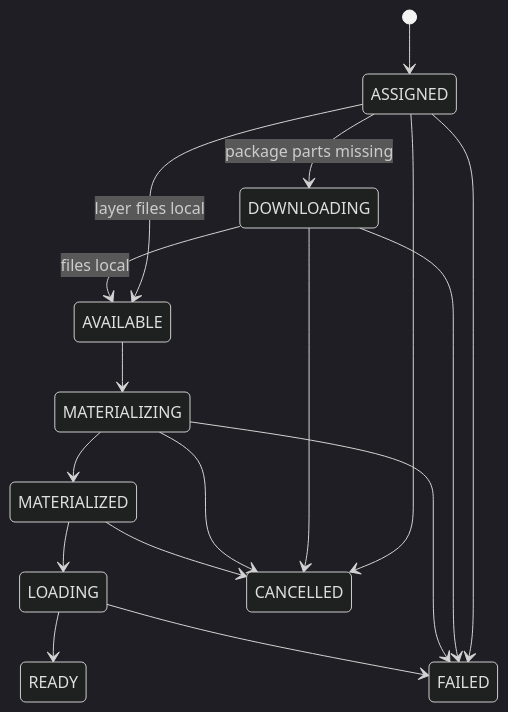
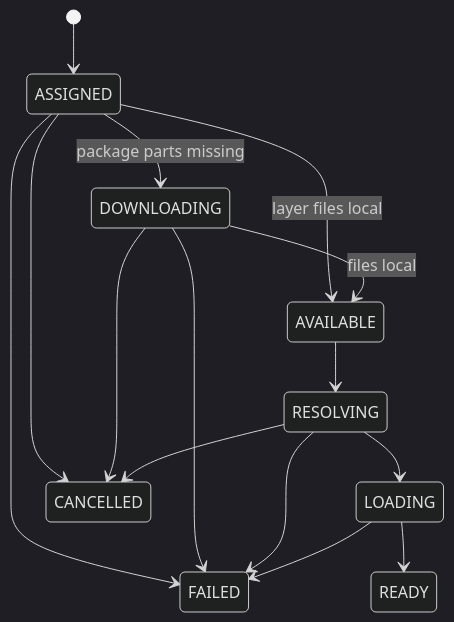
One commit to michaelneale/mesh-llm changed the third of 5 diagrams in docs/skippy/layer-inventory-pr-description.md. Above: the diagram before and after it, drawn with Mermaid (dark theme). The commit also changed other lines of this file and 5 other files, not shown here.

````diff
--- a/docs/skippy/layer-inventory-pr-description.md
+++ b/docs/skippy/layer-inventory-pr-description.md
@@ -179,21 +273,19 @@
 ```mermaid
 stateDiagram-v2
     [*] --> ASSIGNED
     ASSIGNED --> DOWNLOADING: package parts missing
     ASSIGNED --> AVAILABLE: layer files local
     DOWNLOADING --> AVAILABLE: files local
-    AVAILABLE --> MATERIALIZING
-    MATERIALIZING --> MATERIALIZED
-    MATERIALIZED --> LOADING
+    AVAILABLE --> RESOLVING
+    RESOLVING --> LOADING
     LOADING --> READY
 
     ASSIGNED --> FAILED
     DOWNLOADING --> FAILED
-    MATERIALIZING --> FAILED
+    RESOLVING --> FAILED
     LOADING --> FAILED
 
     ASSIGNED --> CANCELLED
     DOWNLOADING --> CANCELLED
-    MATERIALIZING --> CANCELLED
-    MATERIALIZED --> CANCELLED
+    RESOLVING --> CANCELLED
 ```
````
